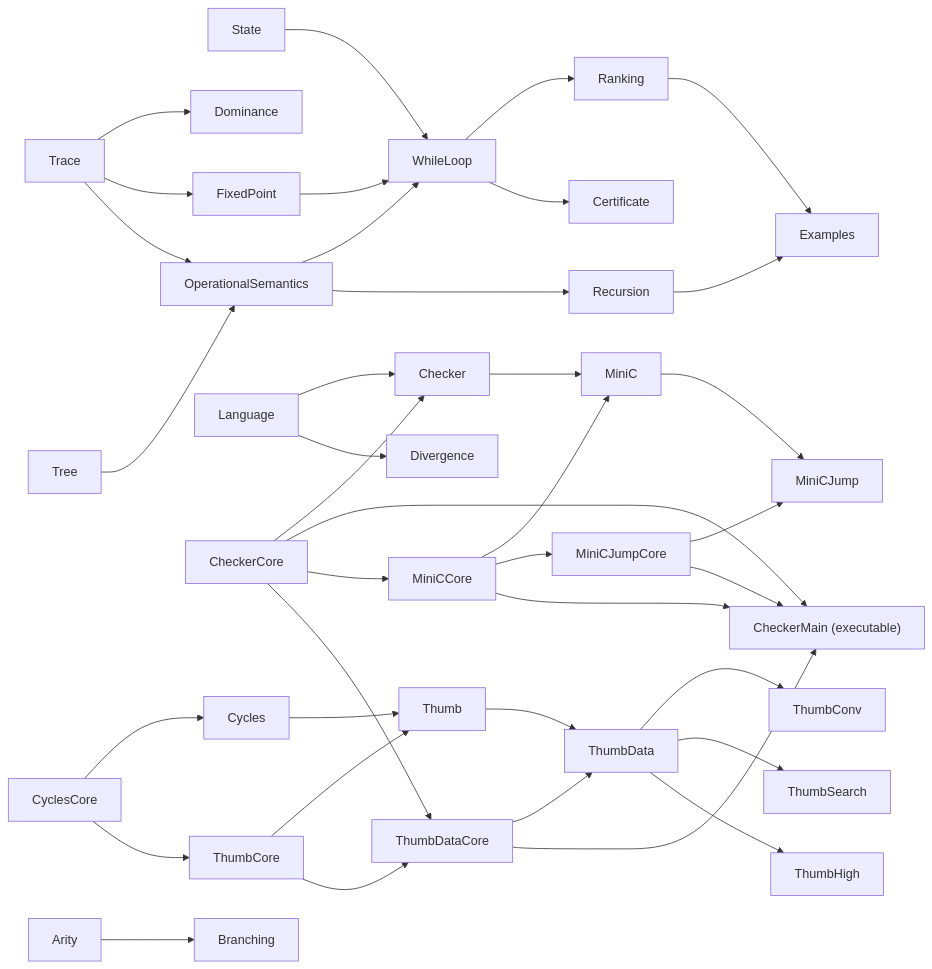
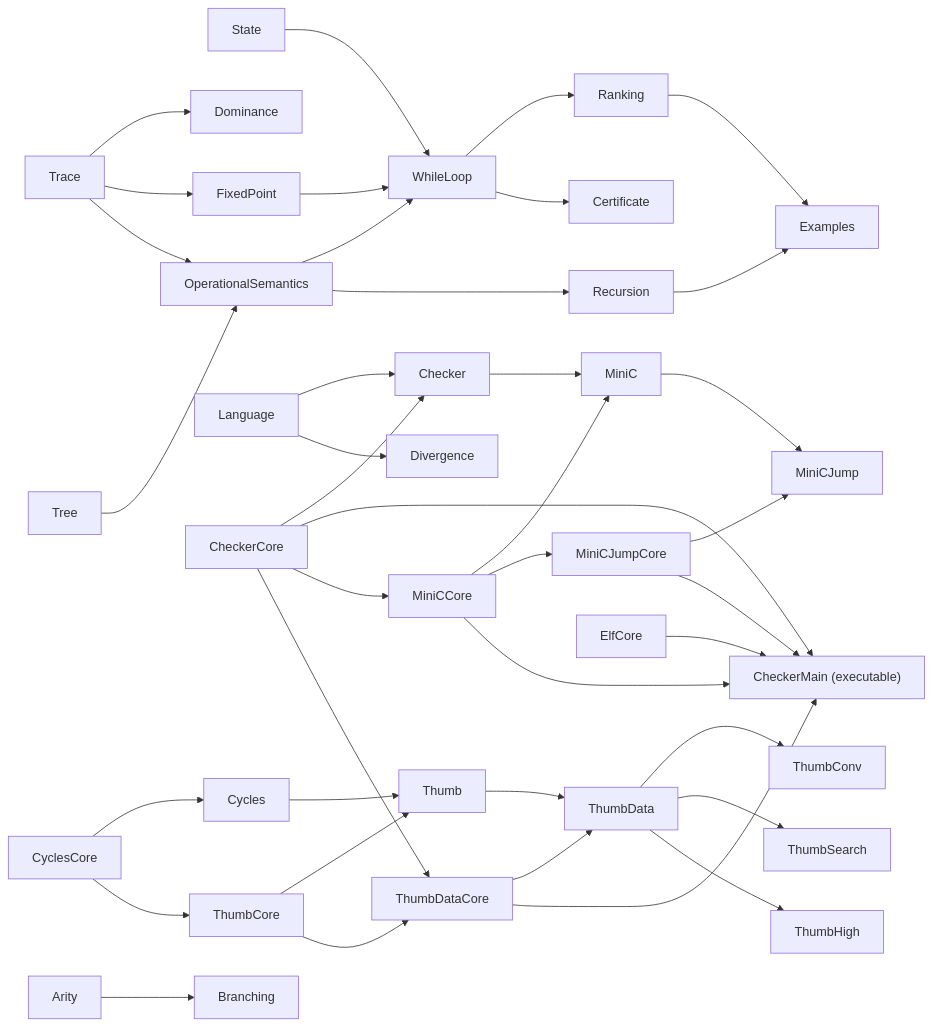
One commit to ldallolio/crosscheck changed the diagram in docs/guide/07-lean.md. Above: the diagram before and after it, drawn with Mermaid. The commit also changed other lines of this file and 41 other files, not shown here.

````diff
--- a/docs/guide/07-lean.md
+++ b/docs/guide/07-lean.md
@@ -83,40 +83,41 @@
 ```mermaid
 flowchart LR
   State --> WhileLoop
   Trace --> Dominance
   Trace --> FixedPoint
   Trace --> OperationalSemantics
   Tree --> OperationalSemantics
   FixedPoint --> WhileLoop
   OperationalSemantics --> WhileLoop
   OperationalSemantics --> Recursion
   WhileLoop --> Ranking
   WhileLoop --> Certificate
   Ranking --> Examples
   Recursion --> Examples
   Language --> Checker
   CheckerCore --> Checker
   CheckerCore --> CheckerMain["CheckerMain (executable)"]
   CheckerCore --> MiniCCore
   MiniCCore --> MiniC
   Checker --> MiniC
   MiniCCore --> MiniCJumpCore
   MiniCJumpCore --> MiniCJump
   MiniC --> MiniCJump
   MiniCJumpCore --> CheckerMain
   MiniCCore --> CheckerMain
   CyclesCore --> Cycles
   CyclesCore --> ThumbCore
   ThumbCore --> Thumb
   Cycles --> Thumb
   ThumbCore --> ThumbDataCore
   CheckerCore --> ThumbDataCore
   Thumb --> ThumbData
   ThumbDataCore --> ThumbData
   ThumbDataCore --> CheckerMain
+  ElfCore --> CheckerMain
   ThumbData --> ThumbConv
   ThumbData --> ThumbSearch
   ThumbData --> ThumbHigh
   Arity --> Branching
   Language --> Divergence
 ```
````
